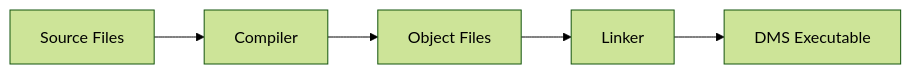
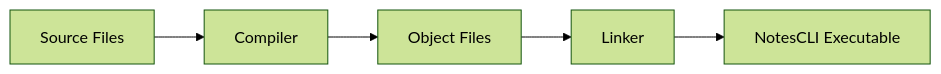
Before and after one commit to LGICCommunity/NoteCLI: the second of 11 diagrams in Docs/diagram.md, drawn with Mermaid (forest theme). The commit also changed other lines of this file and 6 other files, not shown here.

Commit message:
fix: chnage dms to NotesCLI application

````diff
--- a/Docs/diagram.md
+++ b/Docs/diagram.md
@@ -57,7 +57,7 @@
 ```mermaid
 graph LR
     A[Source Files] --> B[Compiler]
     B --> C[Object Files]
     C --> D[Linker]
-    D --> E[DMS Executable]
+    D --> E[NotesCLI Executable]
 ```
````
